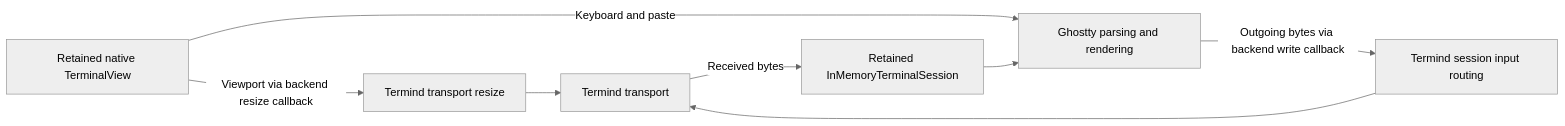
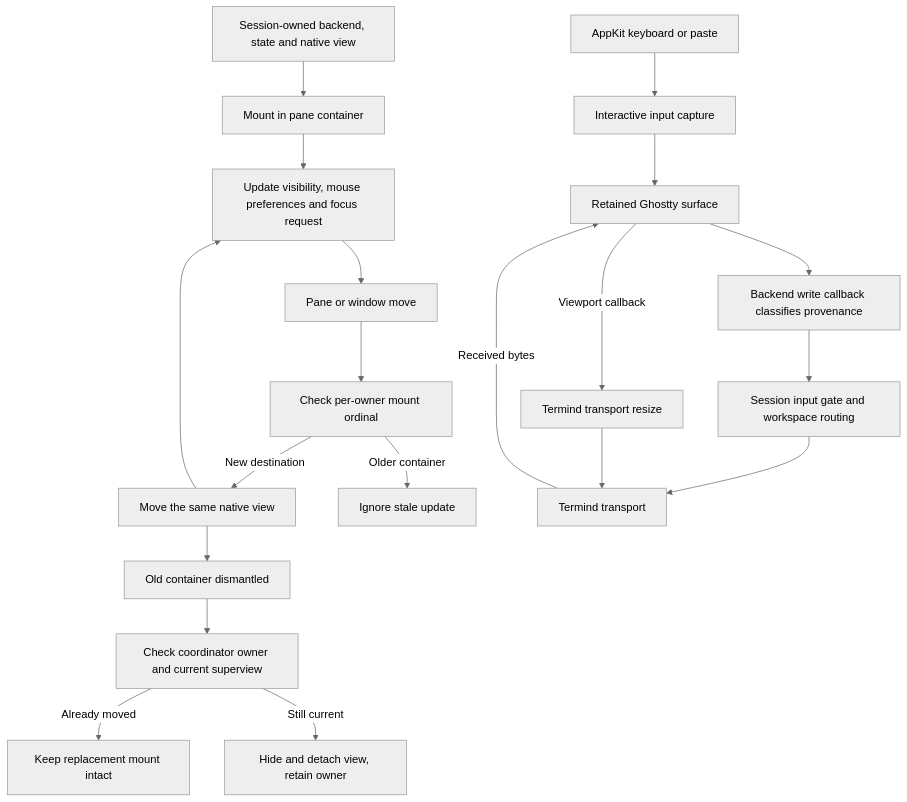
Before and after one commit to AkinoKaede/Termind: the second of 3 diagrams in openwiki/concepts/ghostty-terminal-integration.md, drawn with Mermaid (neutral theme). The commit also changed other lines of this file and 59 other files, not shown here.

````diff
--- a/openwiki/concepts/ghostty-terminal-integration.md
+++ b/openwiki/concepts/ghostty-terminal-integration.md
@@ -193,10 +201,22 @@
 ```mermaid
-flowchart LR
-    Transport["Termind transport"] -->|Received bytes| Backend["Retained InMemoryTerminalSession"]
-    Backend --> Engine["Ghostty parsing and rendering"]
-    Native["Retained native TerminalView"] -->|Keyboard and paste| Engine
-    Engine -->|Outgoing bytes via backend write callback| Host["Termind session input routing"]
-    Host --> Transport
-    Native -->|Viewport via backend resize callback| Resize["Termind transport resize"]
+flowchart TD
+    Owner["Session-owned backend, state and native view"] --> Mount["Mount in pane container"]
+    Mount --> Update["Update visibility, mouse preferences and focus request"]
+    Update --> Move["Pane or window move"]
+    Move --> Guard["Check per-owner mount ordinal"]
+    Guard -->|New destination| Reparent["Move the same native view"]
+    Guard -->|Older container| Ignore["Ignore stale update"]
+    Reparent --> Update
+    Reparent --> Teardown["Old container dismantled"]
+    Teardown --> Check["Check coordinator owner and current superview"]
+    Check -->|Already moved| Keep["Keep replacement mount intact"]
+    Check -->|Still current| Detach["Hide and detach view, retain owner"]
+    Native["AppKit keyboard or paste"] --> Capture["Interactive input capture"]
+    Capture --> Engine["Retained Ghostty surface"]
+    Engine --> Write["Backend write callback classifies provenance"]
+    Write --> Router["Session input gate and workspace routing"]
+    Router --> Transport["Termind transport"]
+    Transport -->|Received bytes| Engine
+    Engine -->|Viewport callback| Resize["Termind transport resize"]
     Resize --> Transport
 ```
````
